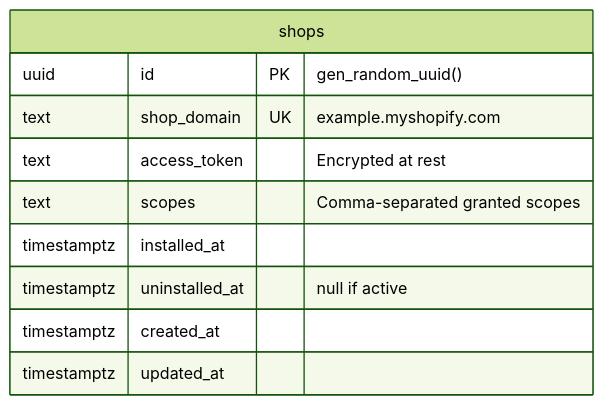
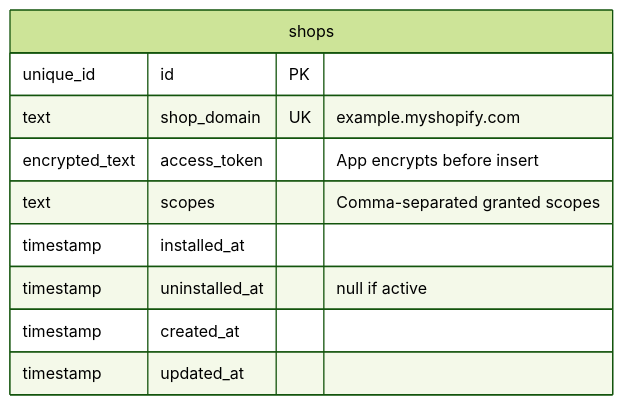
Before and after one commit to nguyenvanduocit/primitive-blocks-specs: the first of 5 diagrams in auth/shopify-session-token/README.md, drawn with Mermaid (forest theme). The commit also changed other lines of this file and 28 other files, not shown here.

````diff
--- a/auth/shopify-session-token/README.md
+++ b/auth/shopify-session-token/README.md
@@ -52,13 +52,13 @@
 ```mermaid
 erDiagram
     shops {
-        uuid id PK "gen_random_uuid()"
+        unique_id id PK
         text shop_domain UK "example.myshopify.com"
-        text access_token "Encrypted at rest"
+        encrypted_text access_token "App encrypts before insert"
         text scopes "Comma-separated granted scopes"
-        timestamptz installed_at
-        timestamptz uninstalled_at "null if active"
-        timestamptz created_at
-        timestamptz updated_at
+        timestamp installed_at
+        timestamp uninstalled_at "null if active"
+        timestamp created_at
+        timestamp updated_at
     }
 ```
````
